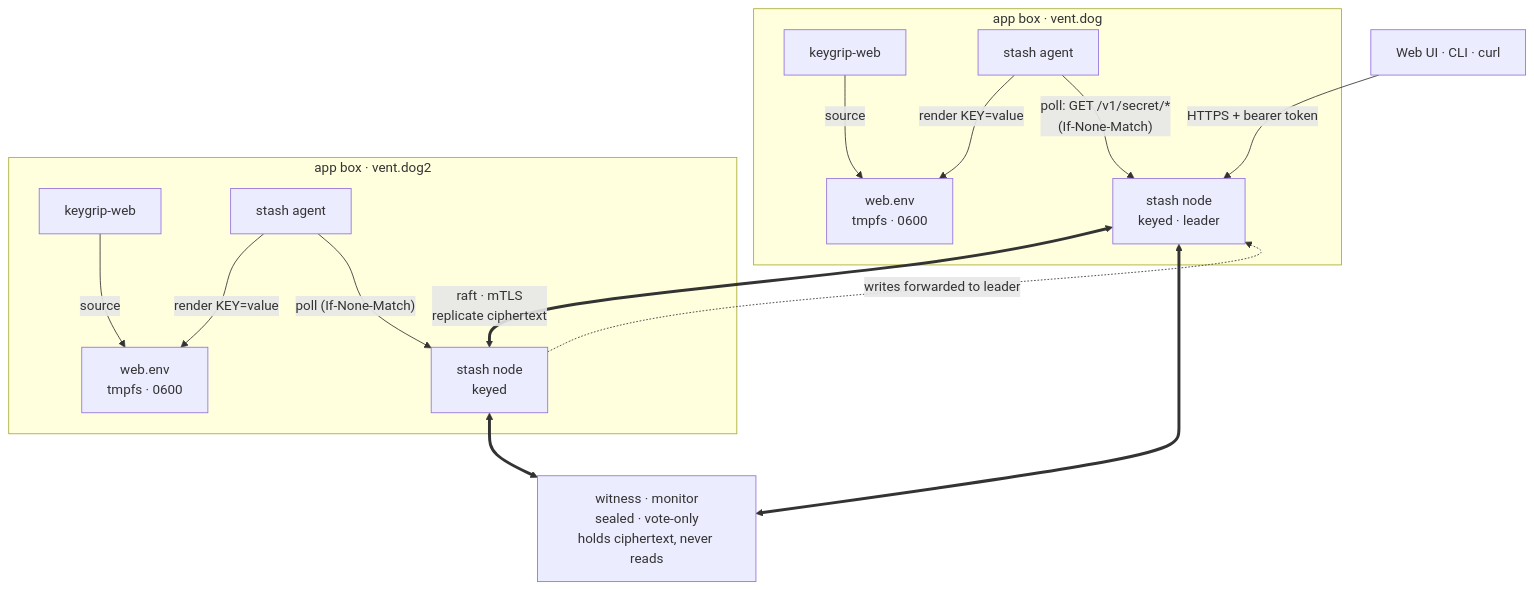
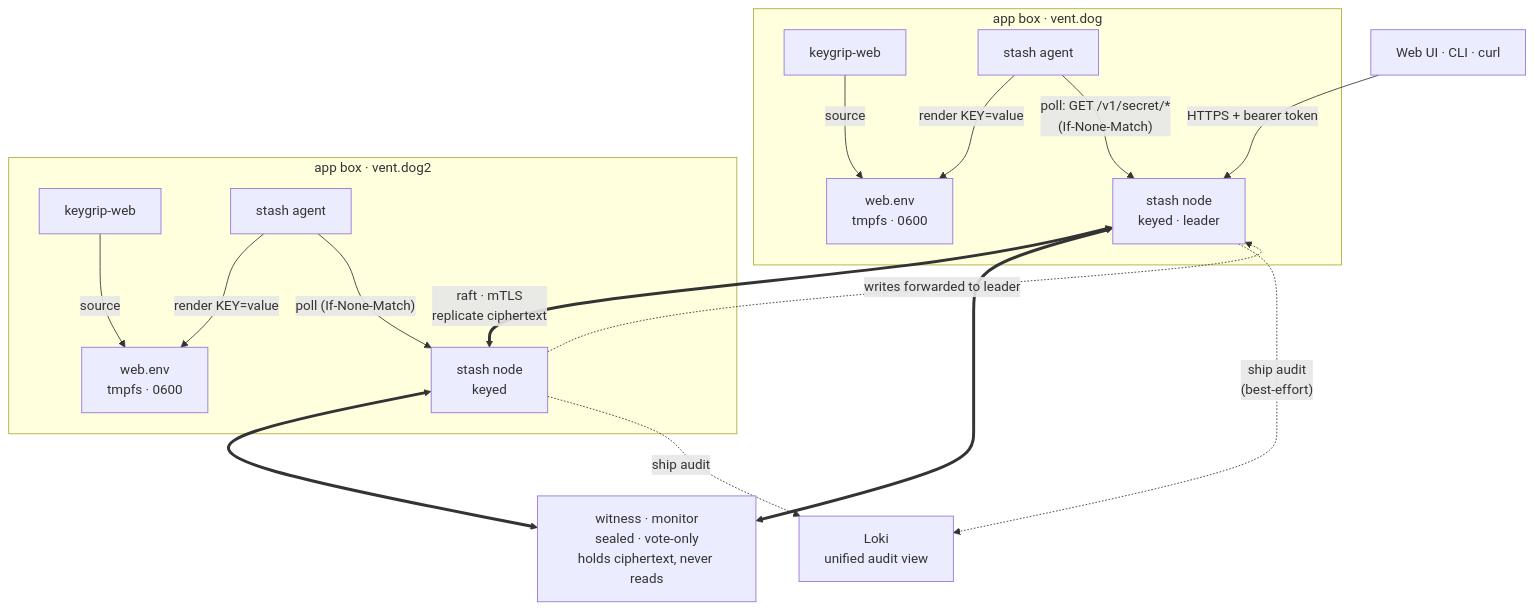
Before and after one commit to jaigner-hub/stash: the first of 2 diagrams in README.md, drawn with Mermaid. The commit also changed other lines of this file, not shown here.

First line of the commit message:
docs(readme): show Loki in the architecture + audit-flow diagrams

````diff
--- a/README.md
+++ b/README.md
@@ -35,23 +36,27 @@
 ```mermaid
 flowchart TB
     subgraph b1["app box · vent.dog"]
         w1["keygrip-web"] -->|source| e1["web.env<br/>tmpfs · 0600"]
         a1["stash agent"] -->|render KEY=value| e1
         a1 -->|"poll: GET /v1/secret/*<br/>(If-None-Match)"| s1["stash node<br/>keyed · leader"]
     end
 
     subgraph b2["app box · vent.dog2"]
         w2["keygrip-web"] -->|source| e2["web.env<br/>tmpfs · 0600"]
         a2["stash agent"] -->|render KEY=value| e2
         a2 -->|"poll (If-None-Match)"| s2["stash node<br/>keyed"]
     end
 
     wit["witness · monitor<br/>sealed · vote-only<br/>holds ciphertext, never reads"]
 
     s1 <==>|"raft · mTLS<br/>replicate ciphertext"| s2
     s1 <==> wit
     s2 <==> wit
     s2 -.->|"writes forwarded to leader"| s1
 
     admin["Web UI · CLI · curl"] -->|"HTTPS + bearer token"| s1
+
+    loki["Loki<br/>unified audit view"]
+    s1 -.->|"ship audit<br/>(best-effort)"| loki
+    s2 -.->|"ship audit"| loki
 ```
````
